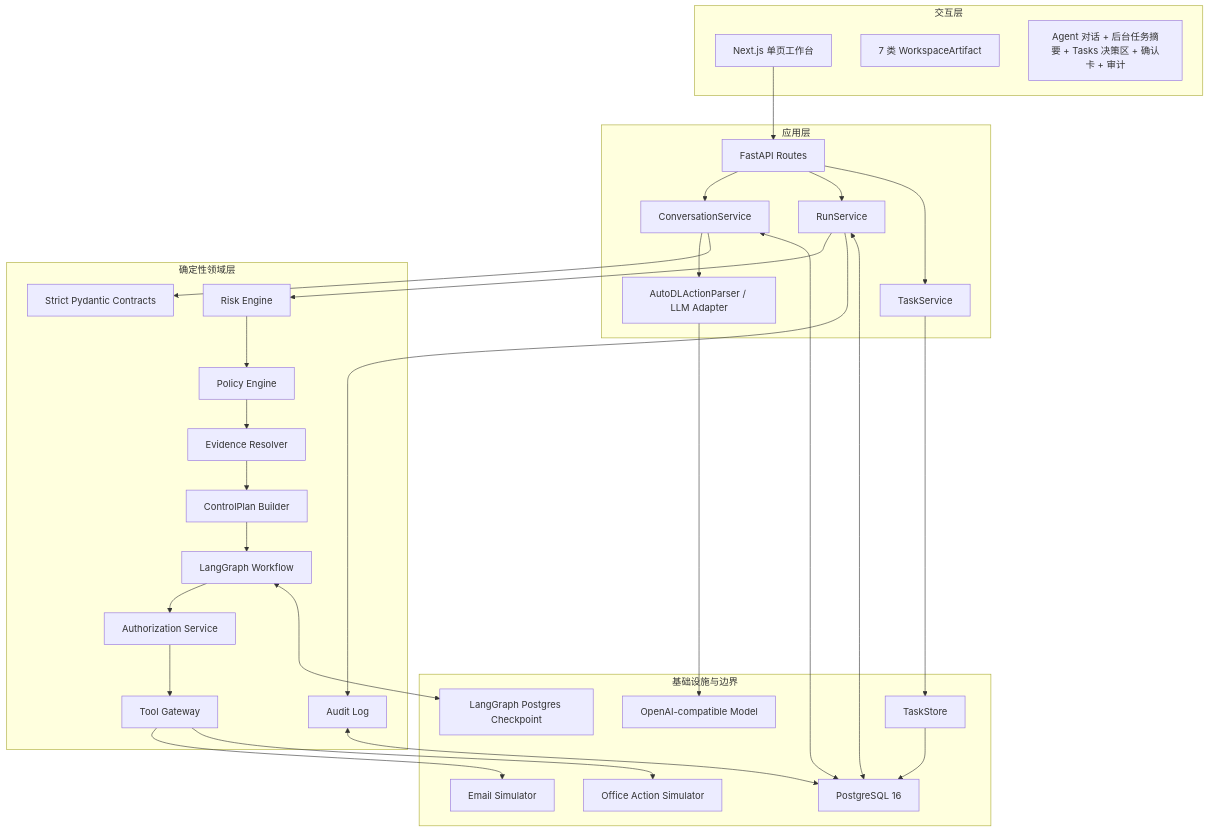
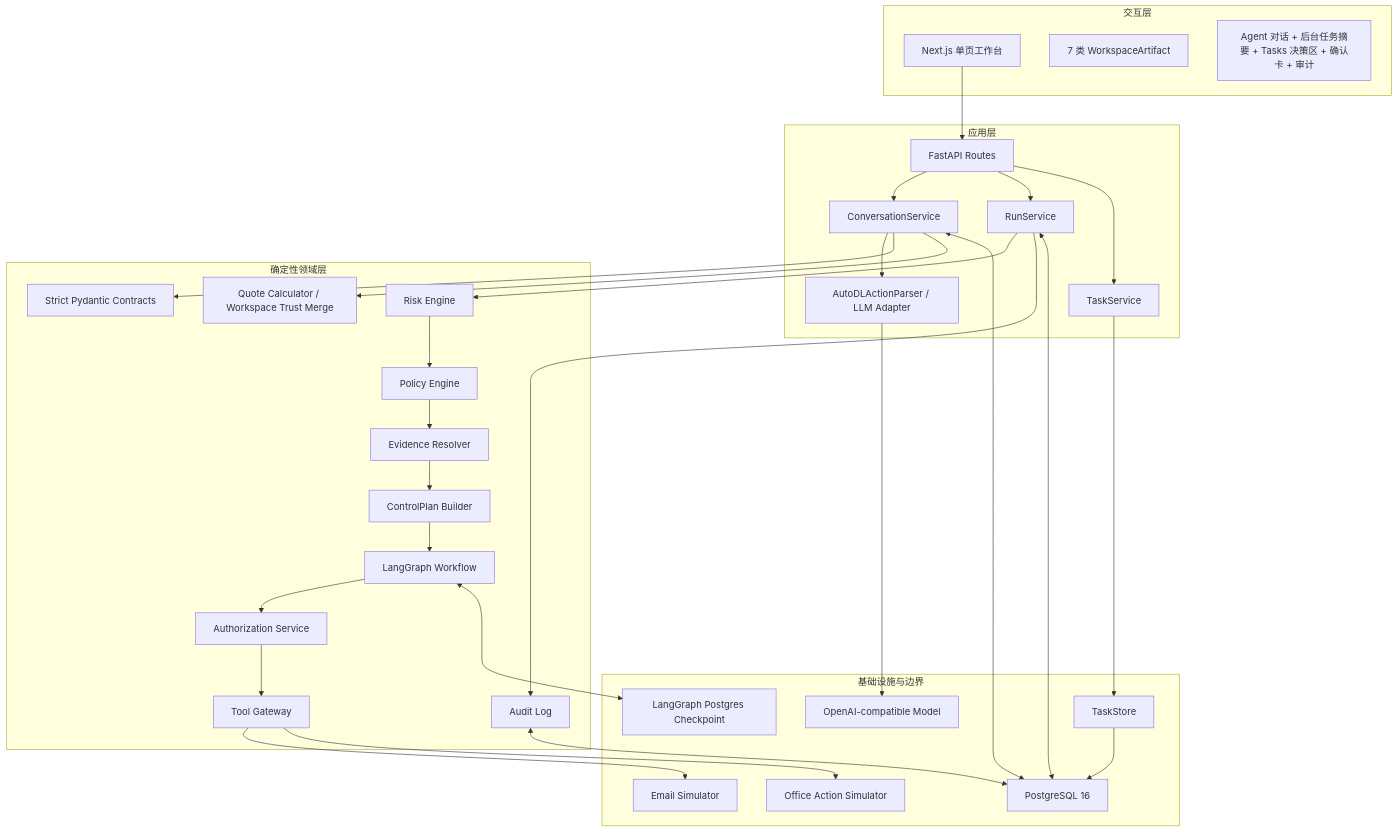
Before and after one commit to Dickey007s/lenovo_agent: the first of 5 diagrams in docs/ARCHITECTURE.md, drawn with Mermaid. The commit also changed other lines of this file and 13 other files, not shown here.

````diff
--- a/docs/ARCHITECTURE.md
+++ b/docs/ARCHITECTURE.md
@@ -17,54 +17,56 @@
 ```mermaid
 flowchart TB
     subgraph Client["交互层"]
         WEB["Next.js 单页工作台"]
         WORKSPACE["7 类 WorkspaceArtifact"]
         CHAT["Agent 对话 + 后台任务摘要 + Tasks 决策区 + 确认卡 + 审计"]
     end
 
     subgraph API["应用层"]
         ROUTES["FastAPI Routes"]
         CONV["ConversationService"]
         RUN["RunService"]
         TASK["TaskService"]
         LLM["AutoDLActionParser / LLM Adapter"]
     end
 
     subgraph Domain["确定性领域层"]
         CONTRACTS["Strict Pydantic Contracts"]
         RISK["Risk Engine"]
         POLICY["Policy Engine"]
         EVIDENCE["Evidence Resolver"]
+        QUOTE["Quote Calculator / Workspace Trust Merge"]
         PLAN["ControlPlan Builder"]
         GRAPH["LangGraph Workflow"]
         AUTH["Authorization Service"]
         GATEWAY["Tool Gateway"]
         AUDIT["Audit Log"]
     end
 
     subgraph Infra["基础设施与边界"]
         MODEL["OpenAI-compatible Model"]
         PG["PostgreSQL 16"]
         TASKSTORE["TaskStore"]
         CHECKPOINT["LangGraph Postgres Checkpoint"]
         EMAILSIM["Email Simulator"]
         OFFICESIM["Office Action Simulator"]
     end
 
     WEB --> ROUTES
     ROUTES --> CONV
     ROUTES --> RUN
     ROUTES --> TASK
     CONV --> LLM --> MODEL
     CONV --> CONTRACTS
+    CONV --> QUOTE
     RUN --> RISK --> POLICY --> EVIDENCE --> PLAN
     PLAN --> GRAPH --> AUTH --> GATEWAY
     GATEWAY --> EMAILSIM
     GATEWAY --> OFFICESIM
     RUN --> AUDIT
     TASK --> TASKSTORE --> PG
     CONV <--> PG
     RUN <--> PG
     GRAPH <--> CHECKPOINT
     AUDIT <--> PG
 ```
````
